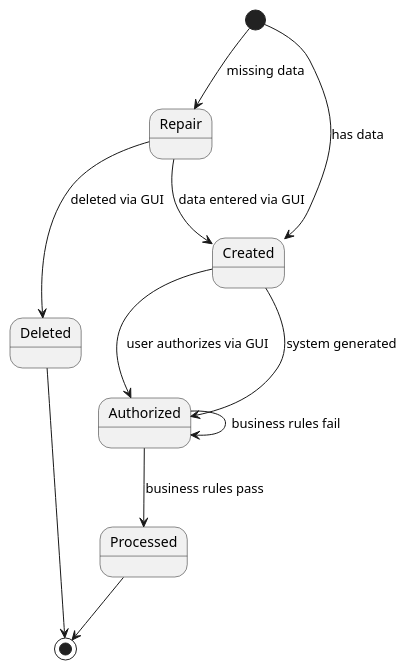
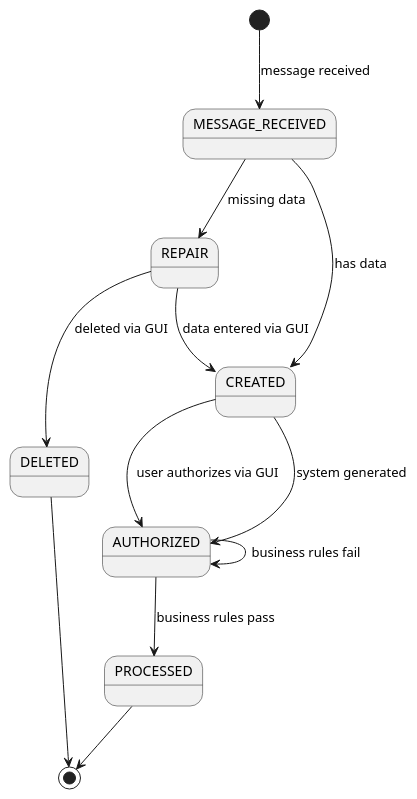
One commit to malcolmlangille/bashscripts changed the diagram in example/plantumlexample/plantumlexample.puml. Above: the diagram before and after it, drawn with PlantUML. The commit also changed 5 other files, not shown here.

Commit message:
plantumlexample

```diff
--- a/example/plantumlexample/plantumlexample.puml
+++ b/example/plantumlexample/plantumlexample.puml
@@ -1,16 +1,19 @@
 @startuml
-[*]  --> Repair : missing data
-[*]  --> Created : has data
+[*] --> MESSAGE_RECEIVED : message received
 
-Repair --> Created : data entered via GUI
+MESSAGE_RECEIVED --> REPAIR : missing data
+MESSAGE_RECEIVED --> CREATED : has data
 
-Repair --> Deleted : deleted via GUI
-Created --> Authorized : system generated
-Created --> Authorized : user authorizes via GUI
+REPAIR --> CREATED : data entered via GUI
+REPAIR --> DELETED : deleted via GUI
 
-Authorized --> Authorized : business rules fail
-Authorized --> Processed : business rules pass
+CREATED --> AUTHORIZED : system generated
+CREATED --> AUTHORIZED : user authorizes via GUI
 
-Deleted --> [*]
-Processed --> [*]
+AUTHORIZED --> AUTHORIZED : business rules fail
+AUTHORIZED --> PROCESSED : business rules pass
+
+DELETED --> [*]
+PROCESSED --> [*]
+
 @enduml
```
